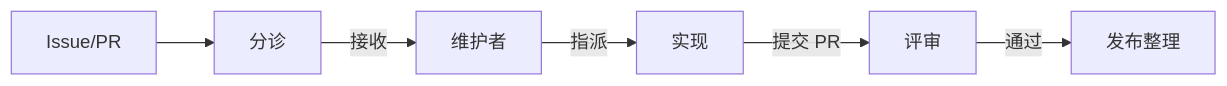
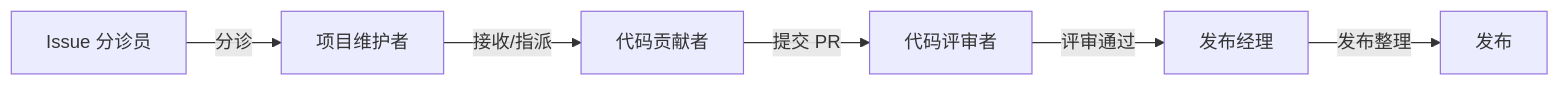
Before and after one commit to icylight/pi-tavern: the fifth of 6 diagrams in README.md, drawn with Mermaid. The commit also changed other lines of this file and 1 other file, not shown here.

Commit message:
docs(readme): 团队示例角色职位化——5 列表拆「角色（谁参与）/协作流程（谁做什么）」+ Mermaid 节点改具体职位（产品经理/事故负责人/SRE/安全架构师/分诊员等，中英一致，User 指示）

````diff
--- a/README.md
+++ b/README.md
@@ -100,8 +100,8 @@
 ```mermaid
 flowchart LR
-    IS["Issue/PR"] --> TR["分诊"]
-    TR -->|"接收"| MT["维护者"]
-    MT -->|"指派"| IM["实现"]
-    IM -->|"提交 PR"| RW["评审"]
-    RW -->|"通过"| RL["发布整理"]
+    TRI["Issue 分诊员"] -->|"分诊"| MT["项目维护者"]
+    MT -->|"接收/指派"| CT["代码贡献者"]
+    CT -->|"提交 PR"| RV["代码评审者"]
+    RV -->|"评审通过"| RM["发布经理"]
+    RM -->|"发布整理"| REL["发布"]
 ```
````
